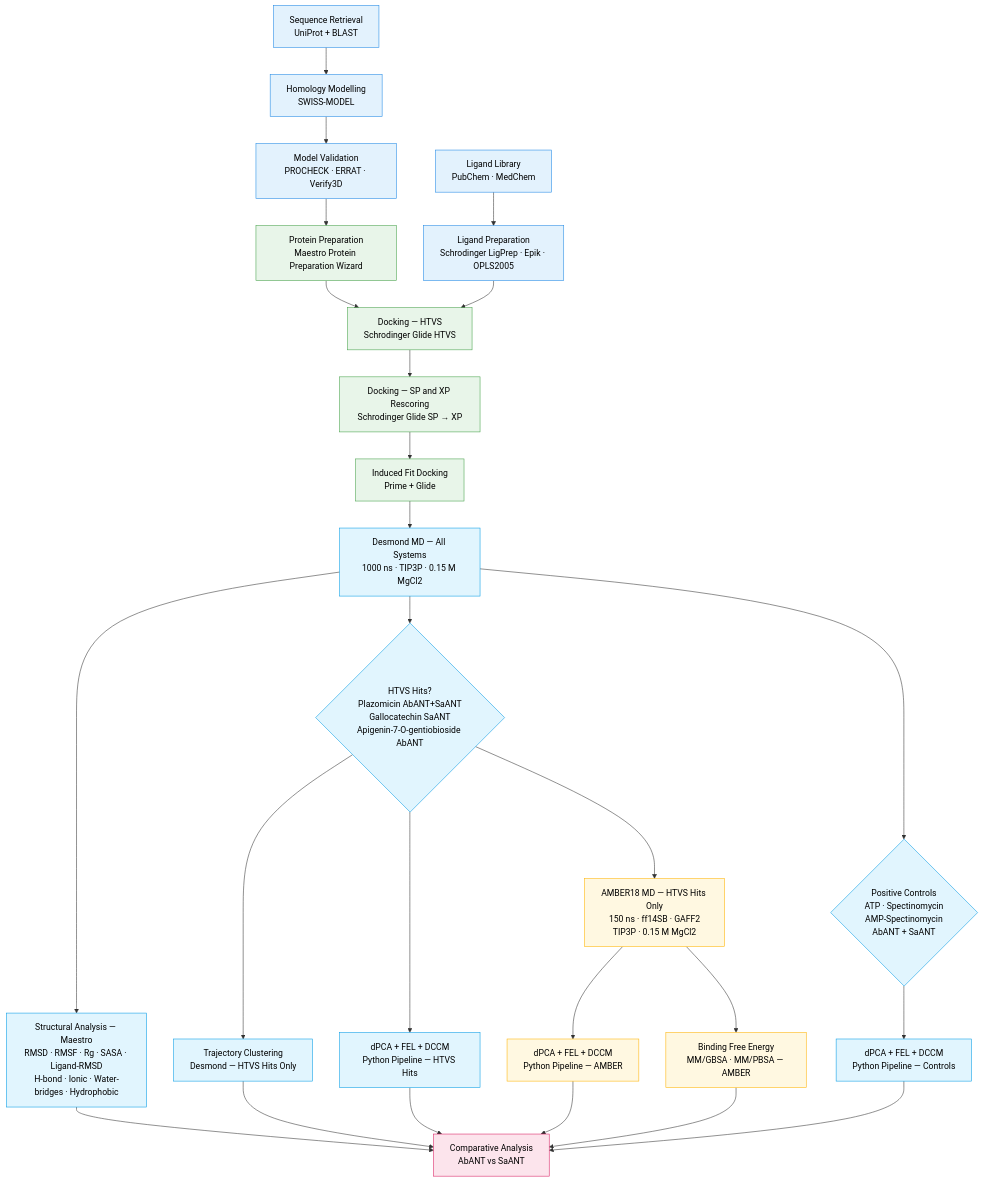
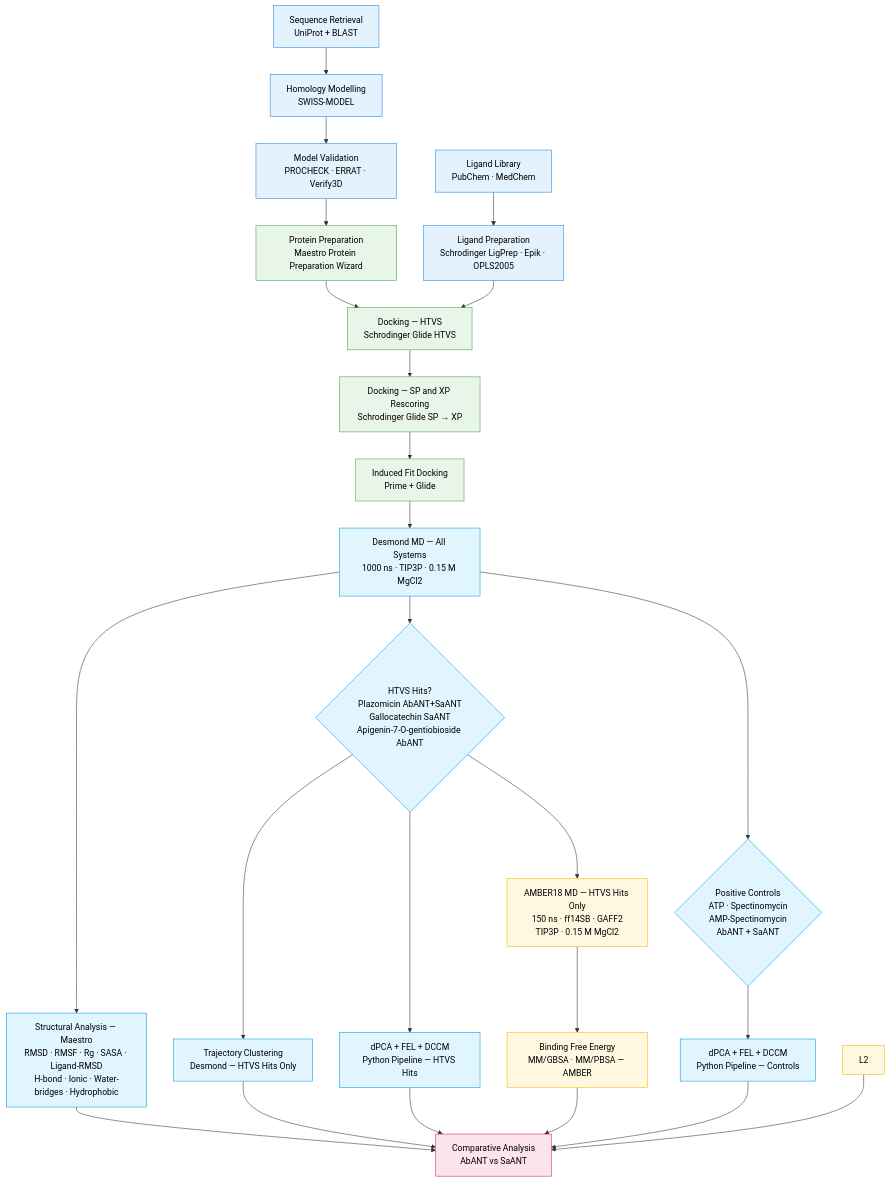
The diagram in METHODS.md (Menzisk/ANT-MDS-Analysis), drawn with Mermaid before and after one commit. The commit also changed other lines of this file, not shown here.

````diff
--- a/METHODS.md
+++ b/METHODS.md
@@ -9,60 +9,59 @@
 ```mermaid
 flowchart TD
 
 %% --- STYLES ---
 classDef prep     fill:#E3F2FD,stroke:#1E88E5,color:#000;
 classDef dock     fill:#E8F5E9,stroke:#43A047,color:#000;
 classDef desmond  fill:#E1F5FE,stroke:#039BE5,color:#000;
 classDef amber    fill:#FFF8E1,stroke:#FFB300,color:#000;
 classDef analysis fill:#FFF3E0,stroke:#FB8C00,color:#000;
 classDef final    fill:#FCE4EC,stroke:#D81B60,color:#000;
 
 %% --- SEQUENCE & MODELLING ---
 A[Sequence Retrieval<br/>UniProt + BLAST] --> B[Homology Modelling<br/>SWISS-MODEL]
 B --> C[Model Validation<br/>PROCHECK · ERRAT · Verify3D]
 
 %% --- LIGAND PREPARATION ---
 D[Ligand Library<br/>PubChem · MedChem] --> E[Ligand Preparation<br/>Schrodinger LigPrep · Epik · OPLS2005]
 
 %% --- PROTEIN PREPARATION & DOCKING ---
 C --> F[Protein Preparation<br/>Maestro Protein Preparation Wizard]
 E --> G[Docking — HTVS<br/>Schrodinger Glide HTVS]
 F --> G
 G --> G2[Docking — SP and XP Rescoring<br/>Schrodinger Glide SP → XP]
 G2 --> H[Induced Fit Docking<br/>Prime + Glide]
 
 %% --- DESMOND 1000 ns (ALL SYSTEMS) ---
 H --> I[Desmond MD — All Systems<br/>1000 ns · TIP3P · 0.15 M MgCl2]
 
 %% --- DESMOND STRUCTURAL ANALYSIS (ALL SYSTEMS) ---
 I --> J[Structural Analysis — Maestro<br/>RMSD · RMSF · Rg · SASA · Ligand-RMSD<br/>H-bond · Ionic · Water-bridges · Hydrophobic]
 
 %% --- DESMOND HTVS HITS ONLY ---
 I --> K{HTVS Hits?<br/>Plazomicin AbANT+SaANT<br/>Gallocatechin SaANT<br/>Apigenin-7-O-gentiobioside AbANT}
 K --> K1[Trajectory Clustering<br/>Desmond — HTVS Hits Only]
 K --> K2[dPCA + FEL + DCCM<br/>Python Pipeline — HTVS Hits]
 
 %% --- DESMOND POSITIVE CONTROLS ---
 I --> PC{Positive Controls<br/>ATP · Spectinomycin<br/>AMP-Spectinomycin<br/>AbANT + SaANT}
 PC --> PC1[dPCA + FEL + DCCM<br/>Python Pipeline — Controls]
 
 %% --- AMBER 150 ns (HTVS HITS ONLY) ---
 K --> L[AMBER18 MD — HTVS Hits Only<br/>150 ns · ff14SB · GAFF2<br/>TIP3P · 0.15 M MgCl2]
-L --> L1[dPCA + FEL + DCCM<br/>Python Pipeline — AMBER]
-L --> L2[Binding Free Energy<br/>MM/GBSA · MM/PBSA — AMBER]
+L --> L1[Binding Free Energy<br/>MM/GBSA · MM/PBSA — AMBER]
 
 %% --- COMPARATIVE OUTPUT ---
 K1 --> M[Comparative Analysis<br/>AbANT vs SaANT]
 K2 --> M
 PC1 --> M
 L1 --> M
 L2 --> M
 J --> M
 
 %% --- CLASS ASSIGNMENT ---
 class A,B,C,D,E prep;
 class F,G,G2,H dock;
 class I,J,K,K1,K2,PC,PC1 desmond;
 class L,L1,L2 amber;
 class M final;
 ```
````
